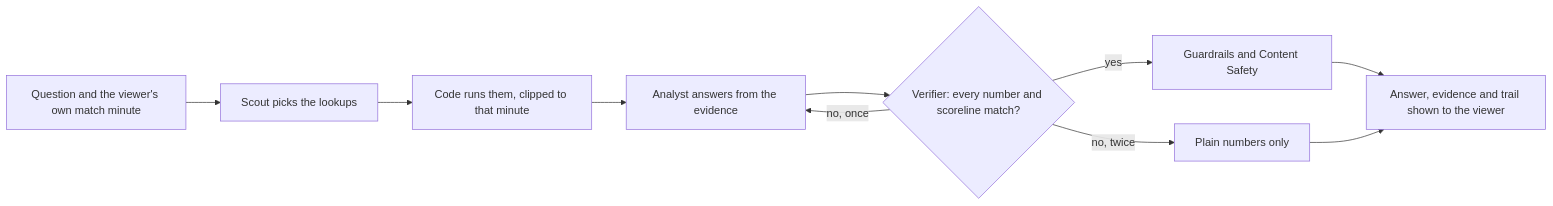
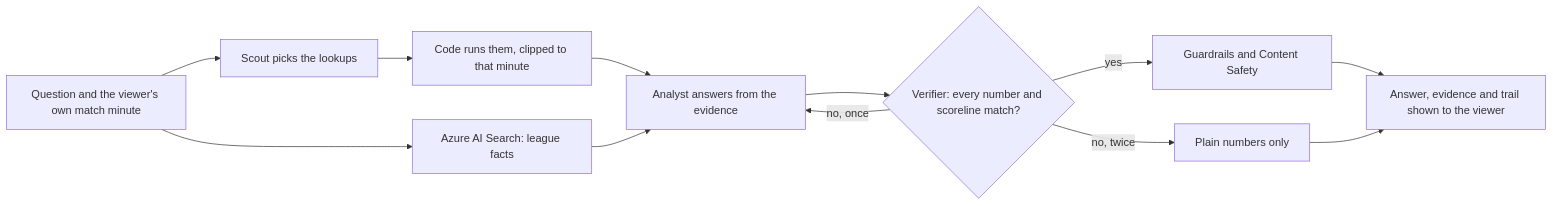
One commit to vishit18/Novessa-Pitchside changed the third of 3 diagrams in README.md. Above: the diagram before and after it, drawn with Mermaid. The commit also changed other lines of this file and 4 other files, not shown here.

````diff
--- a/README.md
+++ b/README.md
@@ -221,12 +223,14 @@
 ```mermaid
 flowchart LR
   Q["Question and the viewer's own match minute"] --> SC["Scout picks the lookups"]
   SC --> RUN["Code runs them, clipped to that minute"]
+  Q --> KB["Azure AI Search: league facts"]
   RUN --> AN["Analyst answers from the evidence"]
+  KB --> AN
   AN --> VF{"Verifier: every number and scoreline match?"}
   VF -->|no, once| AN
   VF -->|yes| GR["Guardrails and Content Safety"]
   VF -->|no, twice| NO["Plain numbers only"]
   GR --> OUT["Answer, evidence and trail shown to the viewer"]
   NO --> OUT
 ```
````
